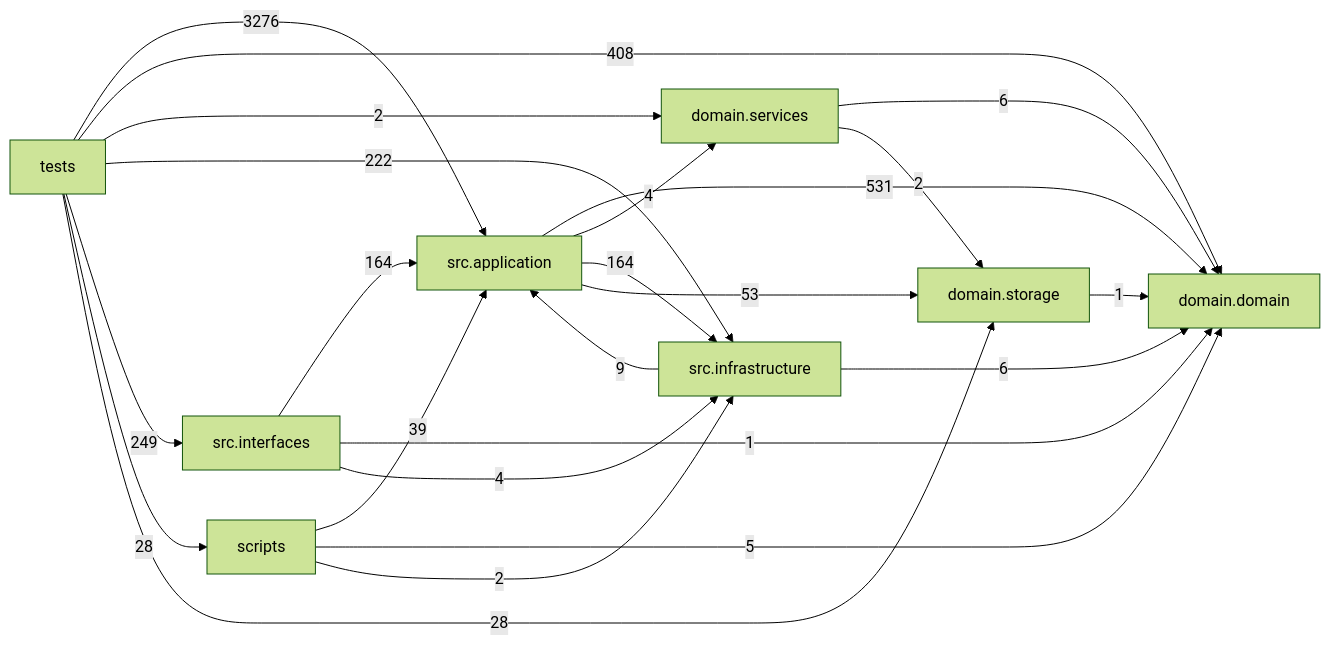
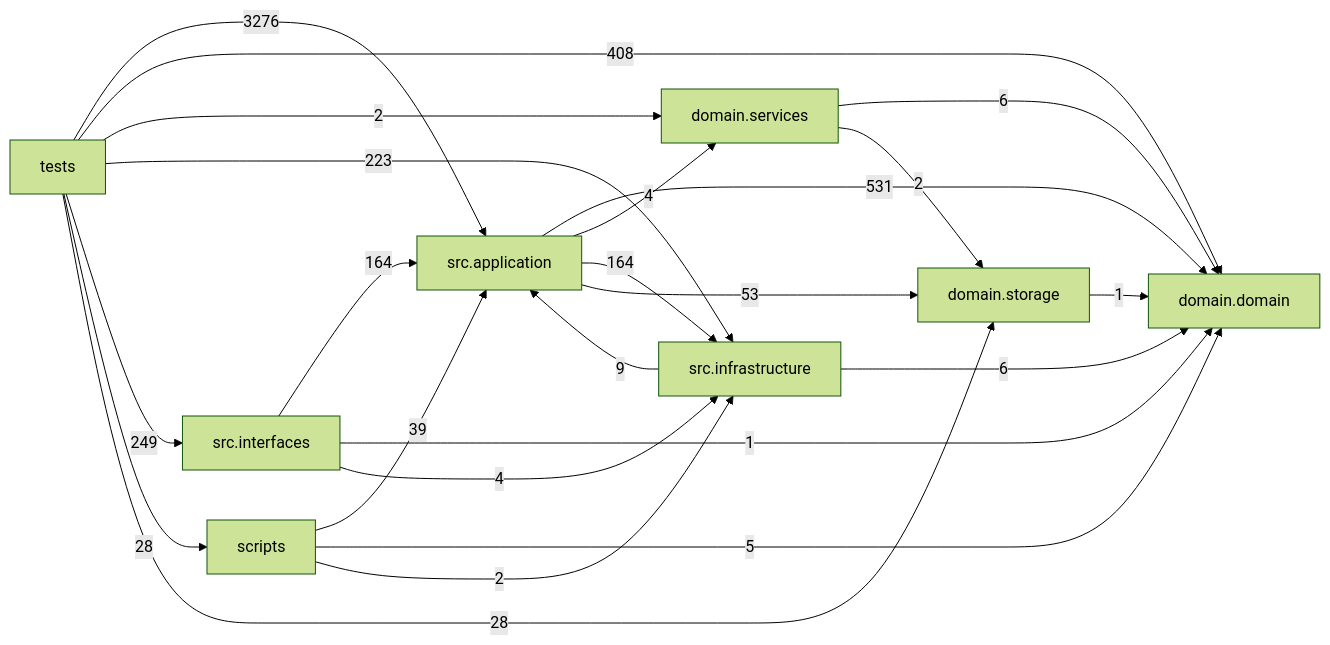
The diagram in docs/DEPENDENCY_GRAPH.md (liuxie066/options-monitor), drawn with Mermaid (forest theme) before and after one commit. The commit also changed other lines of this file and 8 other files, not shown here.

````diff
--- a/docs/DEPENDENCY_GRAPH.md
+++ b/docs/DEPENDENCY_GRAPH.md
@@ -24,33 +24,33 @@
 ```mermaid
 flowchart LR
   tests["tests"]
   scripts["scripts"]
   interfaces["src.interfaces"]
   application["src.application"]
   infrastructure["src.infrastructure"]
   domain_services["domain.services"]
   domain["domain.domain"]
   storage["domain.storage"]
   application -->|531| domain
   application -->|4| domain_services
   application -->|164| infrastructure
   application -->|53| storage
   domain_services -->|6| domain
   domain_services -->|2| storage
   infrastructure -->|9| application
   infrastructure -->|6| domain
   interfaces -->|164| application
   interfaces -->|1| domain
   interfaces -->|4| infrastructure
   scripts -->|39| application
   scripts -->|5| domain
   scripts -->|2| infrastructure
   storage -->|1| domain
   tests -->|3276| application
   tests -->|408| domain
   tests -->|2| domain_services
-  tests -->|222| infrastructure
+  tests -->|223| infrastructure
   tests -->|249| interfaces
   tests -->|28| scripts
   tests -->|28| storage
 ```
````
